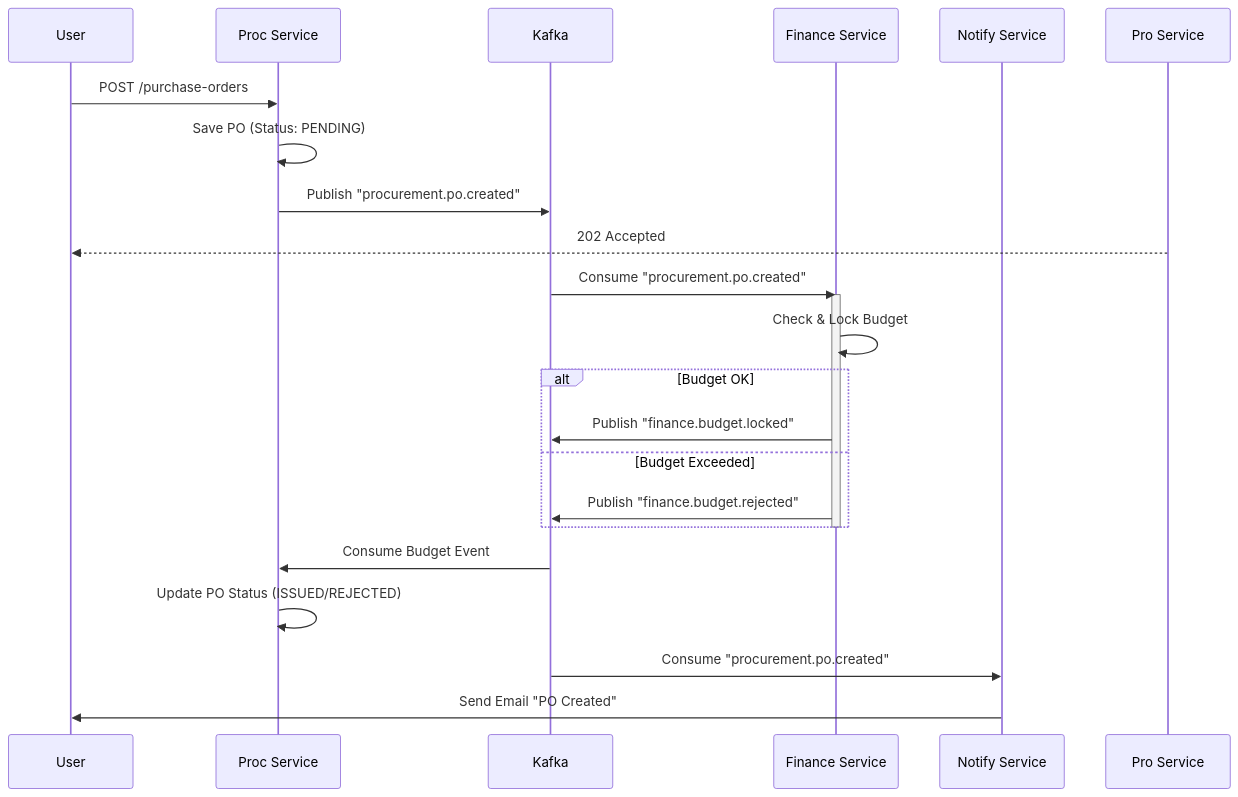
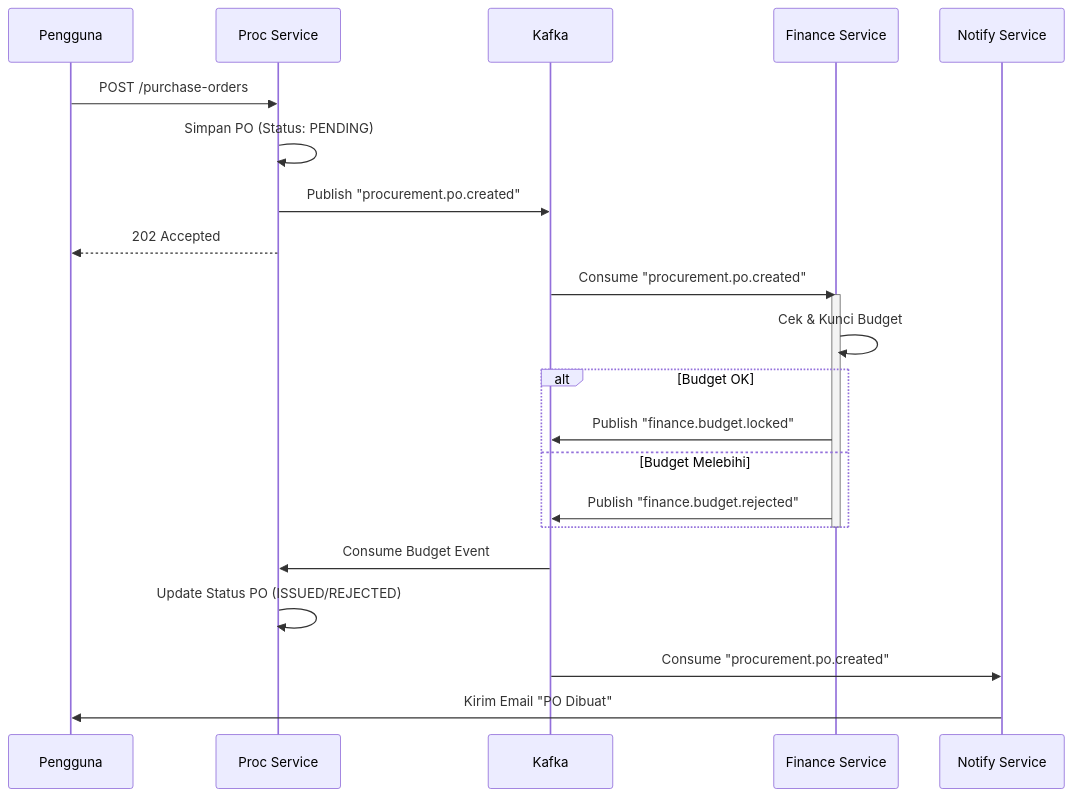
One commit to Vencore-erp/documentation changed the second of 2 diagrams in system_design/SYSTEM_DESIGN_DOCUMENT.md. Above: the diagram before and after it, drawn with Mermaid. The commit also changed other lines of this file and 16 other files, not shown here.

````diff
--- a/system_design/SYSTEM_DESIGN_DOCUMENT.md
+++ b/system_design/SYSTEM_DESIGN_DOCUMENT.md
@@ -113,29 +113,29 @@
 ```mermaid
 sequenceDiagram
-    participant User
+    participant Pengguna
     participant Proc Service
     participant Kafka
     participant Finance Service
     participant Notify Service
 
-    User->>Proc Service: POST /purchase-orders
-    Proc Service->>Proc Service: Save PO (Status: PENDING)
+    Pengguna->>Proc Service: POST /purchase-orders
+    Proc Service->>Proc Service: Simpan PO (Status: PENDING)
     Proc Service->>Kafka: Publish "procurement.po.created"
-    Pro Service-->>User: 202 Accepted
+    Proc Service-->>Pengguna: 202 Accepted
 
     Kafka->>Finance Service: Consume "procurement.po.created"
     activate Finance Service
-    Finance Service->>Finance Service: Check & Lock Budget
+    Finance Service->>Finance Service: Cek & Kunci Budget
     alt Budget OK
         Finance Service->>Kafka: Publish "finance.budget.locked"
-    else Budget Exceeded
+    else Budget Melebihi
         Finance Service->>Kafka: Publish "finance.budget.rejected"
     end
     deactivate Finance Service
 
     Kafka->>Proc Service: Consume Budget Event
-    Proc Service->>Proc Service: Update PO Status (ISSUED/REJECTED)
+    Proc Service->>Proc Service: Update Status PO (ISSUED/REJECTED)
 
     Kafka->>Notify Service: Consume "procurement.po.created"
-    Notify Service->>User: Send Email "PO Created"
+    Notify Service->>Pengguna: Kirim Email "PO Dibuat"
 ```
````
